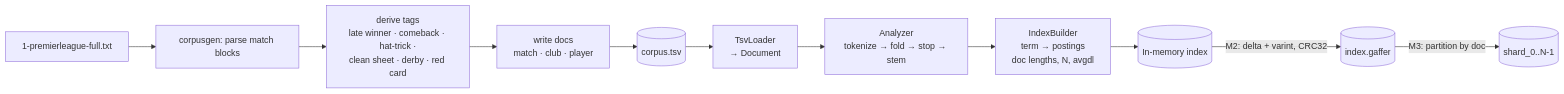
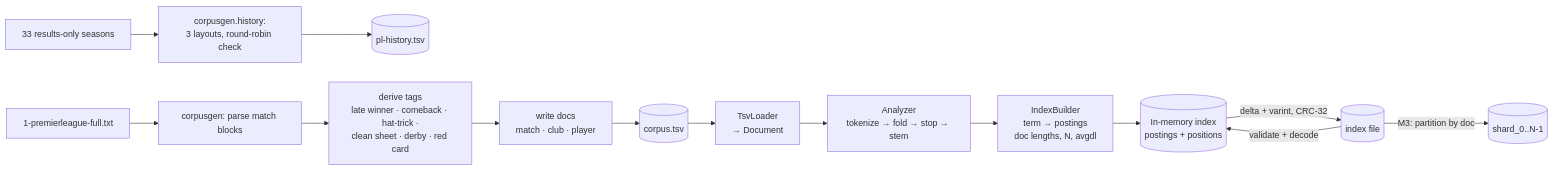
One commit to siddharth-sarma5/gaffer-search changed the third of 5 diagrams in docs/ARCHITECTURE.md. Above: the diagram before and after it, drawn with Mermaid. The commit also changed other lines of this file and 3 other files, not shown here.

````diff
--- a/docs/ARCHITECTURE.md
+++ b/docs/ARCHITECTURE.md
@@ -62,13 +63,16 @@
 ```mermaid
 flowchart LR
+    hist[33 results-only seasons] --> hparse[corpusgen.history:<br/>3 layouts, round-robin check]
+    hparse --> htsv[(pl-history.tsv)]
     raw[1-premierleague-full.txt] --> parse[corpusgen: parse match blocks]
     parse --> derive[derive tags<br/>late winner · comeback · hat-trick ·<br/>clean sheet · derby · red card]
     derive --> write[write docs<br/>match · club · player]
     write --> tsv[(corpus.tsv)]
     tsv --> load[TsvLoader<br/>→ Document]
     load --> analyze[Analyzer<br/>tokenize → fold → stop → stem]
     analyze --> build[IndexBuilder<br/>term → postings<br/>doc lengths, N, avgdl]
-    build --> mem[(In-memory index)]
-    mem -- M2: delta + varint, CRC32 --> file[(index.gaffer)]
+    build --> mem[(In-memory index<br/>postings + positions)]
+    mem -- delta + varint, CRC-32 --> file[(index file)]
+    file -- validate + decode --> mem
     file -- M3: partition by doc --> shards[(shard_0..N-1)]
 ```
````
